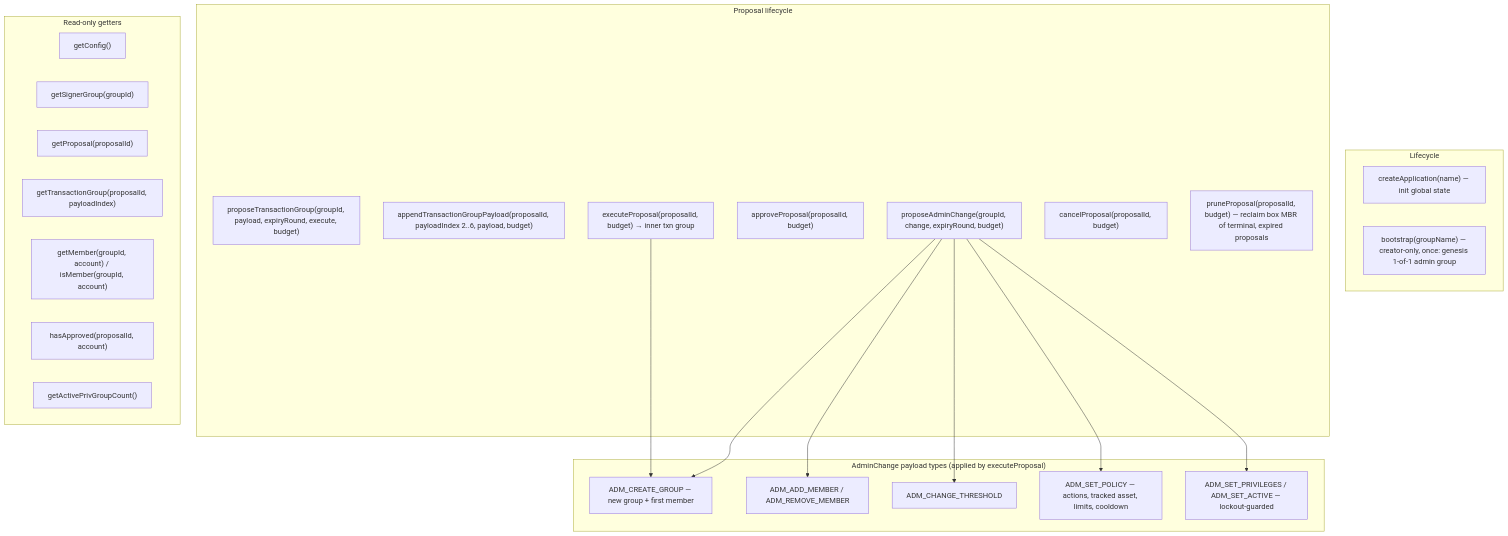
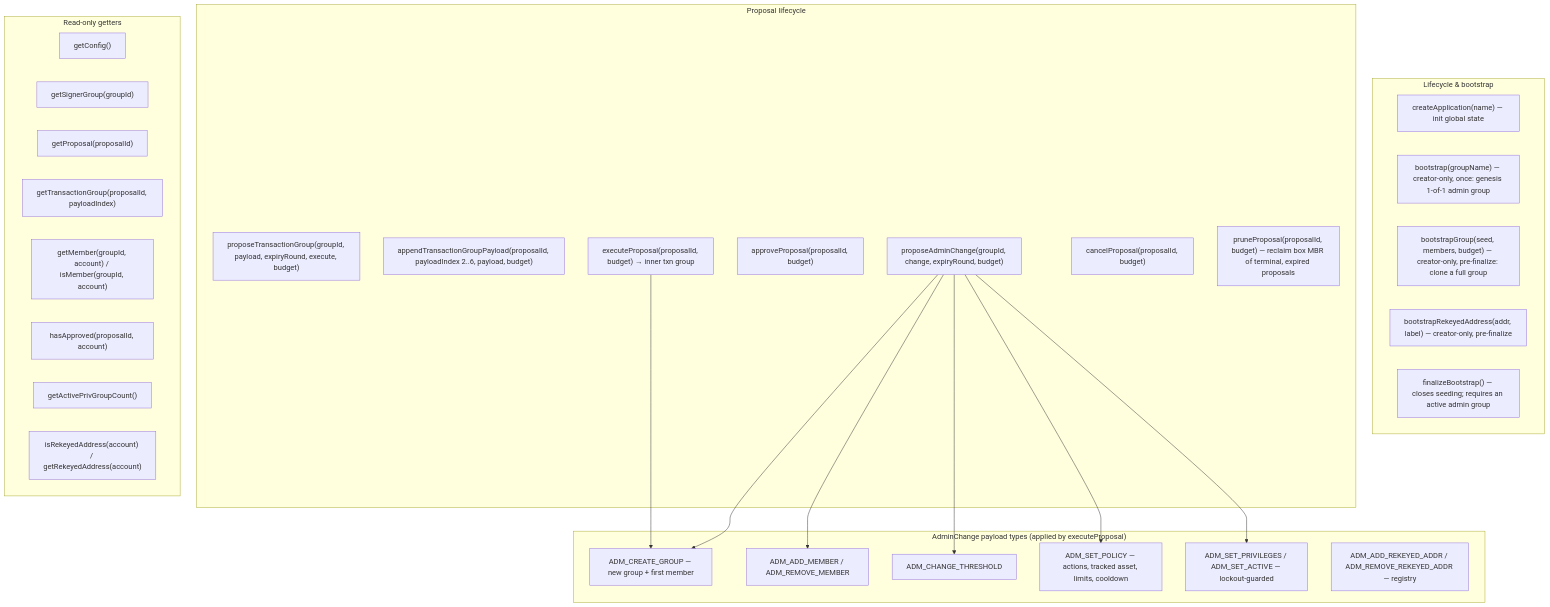
One commit to ludovit-scholtz/algo-safe changed the sixth of 8 diagrams in PRODUCT-DESCRIPTION.md. Above: the diagram before and after it, drawn with Mermaid. The commit also changed other lines of this file and 28 other files, not shown here.

````diff
--- a/PRODUCT-DESCRIPTION.md
+++ b/PRODUCT-DESCRIPTION.md
@@ -582,42 +597,47 @@
 ```mermaid
 flowchart TB
-    subgraph Lifecycle["Lifecycle"]
+    subgraph Lifecycle["Lifecycle & bootstrap"]
         C1["createApplication(name) — init global state"]
         C2["bootstrap(groupName) — creator-only, once: genesis 1-of-1 admin group"]
+        C3["bootstrapGroup(seed, members, budget) — creator-only, pre-finalize: clone a full group"]
+        C4["bootstrapRekeyedAddress(addr, label) — creator-only, pre-finalize"]
+        C5["finalizeBootstrap() — closes seeding; requires an active admin group"]
     end
 
     subgraph Proposals["Proposal lifecycle"]
         P1["proposeTransactionGroup(groupId, payload, expiryRound, execute, budget)"]
         P1A["appendTransactionGroupPayload(proposalId, payloadIndex 2..6, payload, budget)"]
         P1B["proposeAdminChange(groupId, change, expiryRound, budget)"]
         P2["approveProposal(proposalId, budget)"]
         P3["executeProposal(proposalId, budget) → inner txn group"]
         P4["cancelProposal(proposalId, budget)"]
         P5["pruneProposal(proposalId, budget) — reclaim box MBR of terminal, expired proposals"]
     end
 
     subgraph AdminChanges["AdminChange payload types (applied by executeProposal)"]
         A1["ADM_CREATE_GROUP — new group + first member"]
         A2["ADM_ADD_MEMBER / ADM_REMOVE_MEMBER"]
         A3["ADM_CHANGE_THRESHOLD"]
         A4["ADM_SET_POLICY — actions, tracked asset, limits, cooldown"]
         A5["ADM_SET_PRIVILEGES / ADM_SET_ACTIVE — lockout-guarded"]
+        A6["ADM_ADD_REKEYED_ADDR / ADM_REMOVE_REKEYED_ADDR — registry"]
     end
 
     subgraph Reads["Read-only getters"]
         R1["getConfig()"]
         R2["getSignerGroup(groupId)"]
         R3["getProposal(proposalId)"]
         R4["getTransactionGroup(proposalId, payloadIndex)"]
         R5["getMember(groupId, account) / isMember(groupId, account)"]
         R6["hasApproved(proposalId, account)"]
         R7["getActivePrivGroupCount()"]
+        R8["isRekeyedAddress(account) / getRekeyedAddress(account)"]
     end
 
     P1B --> A1
     P1B --> A2
     P1B --> A3
     P1B --> A4
     P1B --> A5
     P3 --> A1
 ```
````
